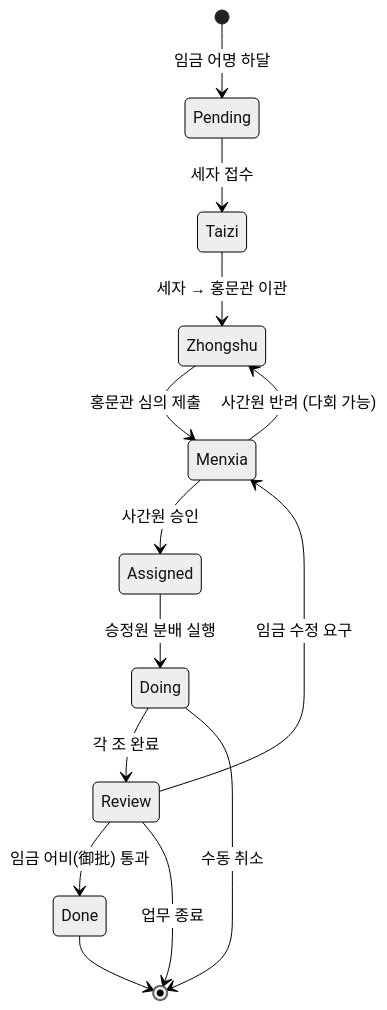
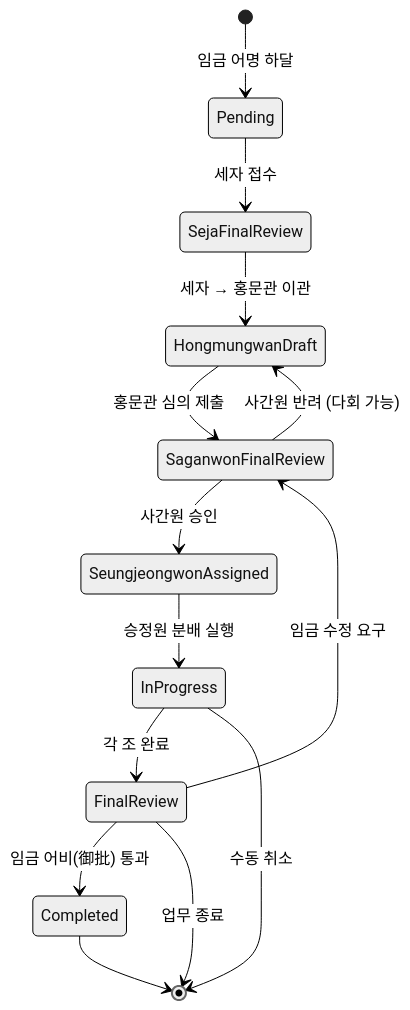
One commit to comsy/edict-korea-chosen changed the diagram in docs/task-dispatch-architecture.md. Above: the diagram before and after it, drawn with Mermaid (neutral theme). The commit also changed other lines of this file and 113 other files, not shown here.

````diff
--- a/docs/task-dispatch-architecture.md
+++ b/docs/task-dispatch-architecture.md
@@ -117,16 +117,16 @@
 ```mermaid
 stateDiagram-v2
 [*] --> Pending: 임금 어명 하달
-Pending --> Taizi: 세자 접수
-Taizi --> Zhongshu: 세자 → 홍문관 이관
-Zhongshu --> Menxia: 홍문관 심의 제출
-Menxia --> Zhongshu: 사간원 반려 (다회 가능)
-Menxia --> Assigned: 사간원 승인
-Assigned --> Doing: 승정원 분배 실행
-Doing --> Review: 각 조 완료
-Review --> Done: 임금 어비(御批) 통과
-Review --> Menxia: 임금 수정 요구
-Done --> [*]
-Doing --> [*]: 수동 취소
-Review --> [*]: 업무 종료
+Pending --> SejaFinalReview: 세자 접수
+SejaFinalReview --> HongmungwanDraft: 세자 → 홍문관 이관
+HongmungwanDraft --> SaganwonFinalReview: 홍문관 심의 제출
+SaganwonFinalReview --> HongmungwanDraft: 사간원 반려 (다회 가능)
+SaganwonFinalReview --> SeungjeongwonAssigned: 사간원 승인
+SeungjeongwonAssigned --> InProgress: 승정원 분배 실행
+InProgress --> FinalReview: 각 조 완료
+FinalReview --> Completed: 임금 어비(御批) 통과
+FinalReview --> SaganwonFinalReview: 임금 수정 요구
+Completed --> [*]
+InProgress --> [*]: 수동 취소
+FinalReview --> [*]: 업무 종료
 ```
````
